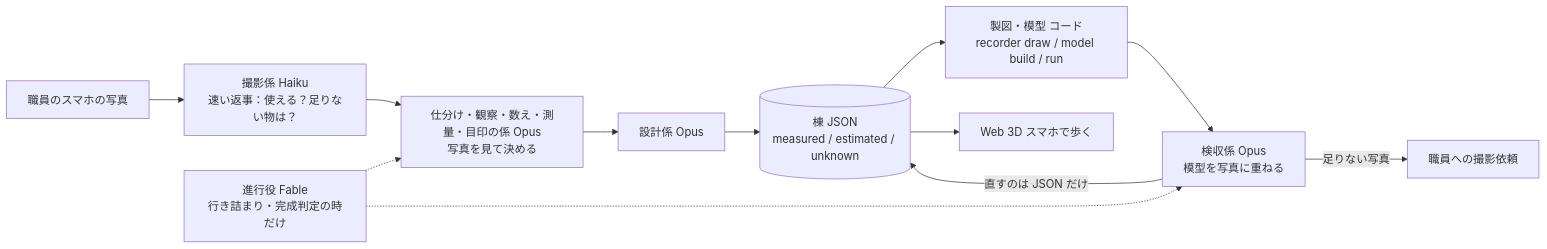
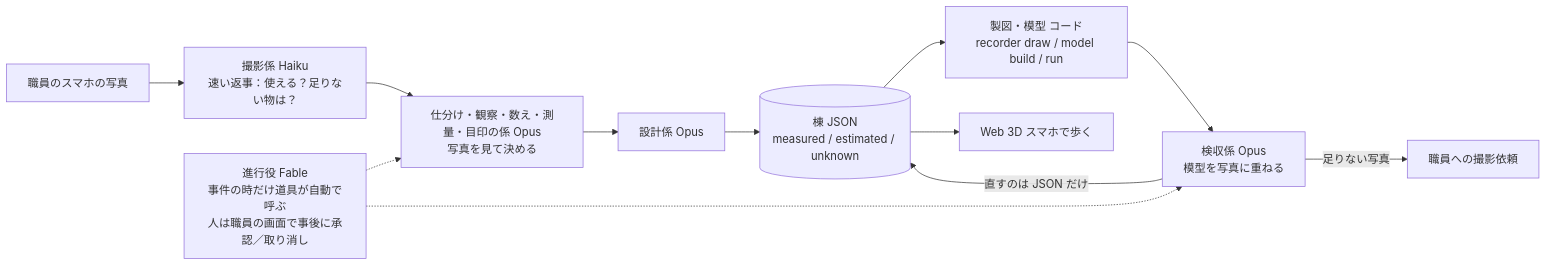
One commit to yuu737/campus-recorder changed the diagram in README.ja.md. Above: the diagram before and after it, drawn with Mermaid. The commit also changed other lines of this file and 191 other files, not shown here.

````diff
--- a/README.ja.md
+++ b/README.ja.md
@@ -39,14 +44,14 @@
 ```mermaid
 flowchart LR
   P[職員のスマホの写真] --> S[撮影係 Haiku<br/>速い返事：使える？足りない物は？]
   S --> O[仕分け・観察・数え・測量・目印の係 Opus<br/>写真を見て決める]
   O --> D[設計係 Opus]
   D --> J[(棟 JSON<br/>measured / estimated / unknown)]
   J --> C[製図・模型 コード<br/>recorder draw / model build / run]
   C --> K[検収係 Opus<br/>模型を写真に重ねる]
   K -->|直すのは JSON だけ| J
   K -->|足りない写真| R[職員への撮影依頼]
   J --> W[Web 3D スマホで歩く]
-  X[進行役 Fable<br/>行き詰まり・完成判定の時だけ] -.-> O
+  X[進行役 Fable<br/>事件の時だけ道具が自動で呼ぶ<br/>人は職員の画面で事後に承認／取り消し] -.-> O
   X -.-> K
 ```
````
